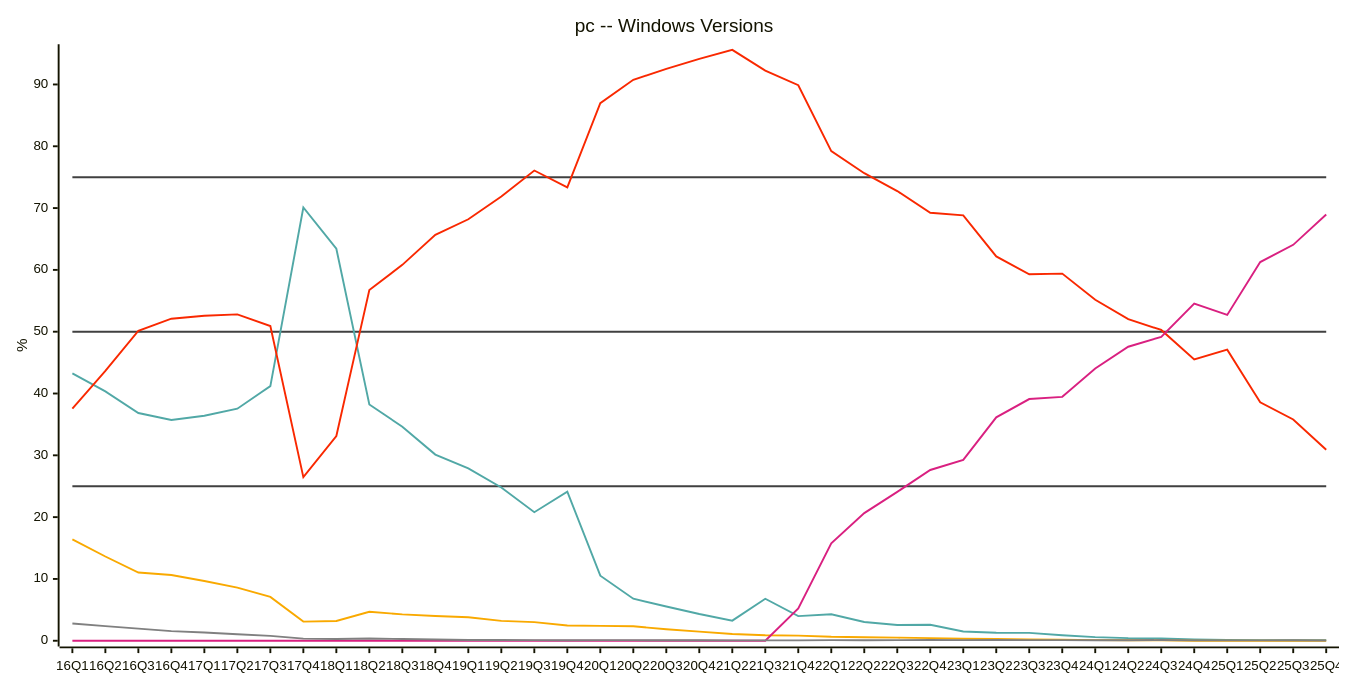
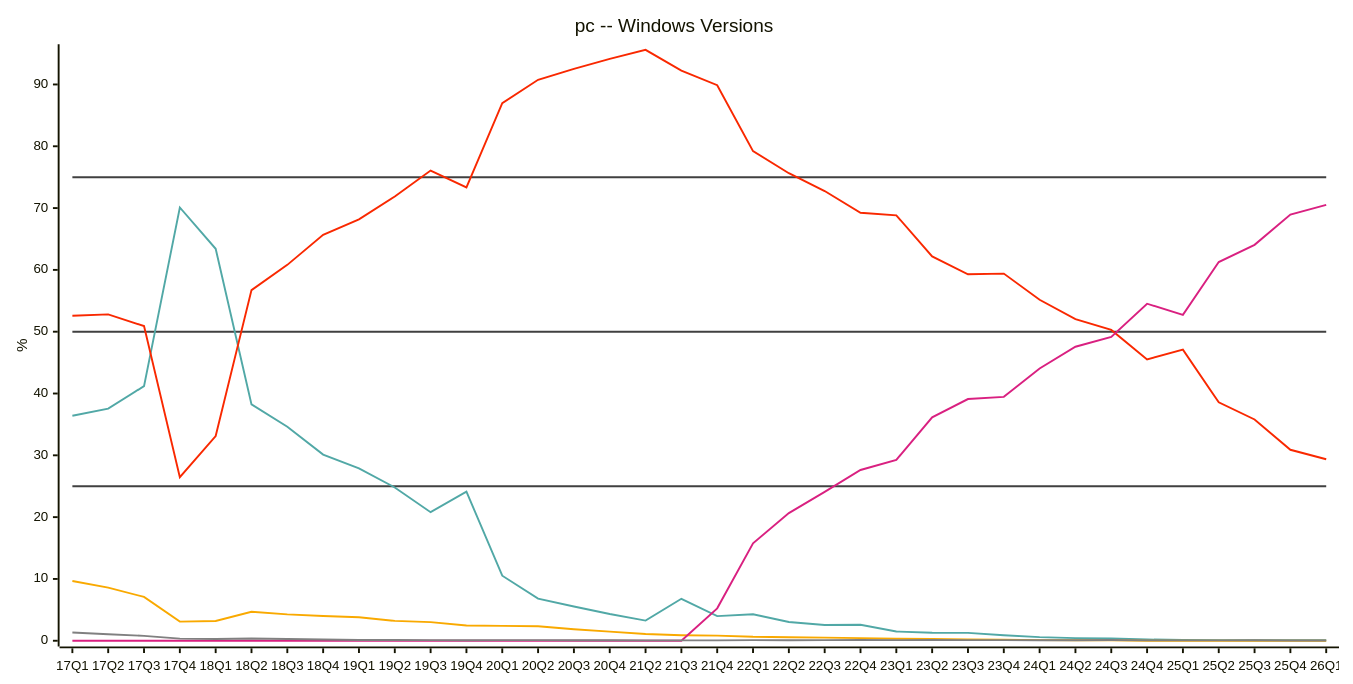
Before and after one commit to jdegene/steamHWsurvey: diagram 15 of 31 in README.md, drawn with Mermaid. The commit also changed other lines of this file and 3 other files, not shown here.

````diff
--- a/README.md
+++ b/README.md
@@ -481,26 +481,26 @@
 ```mermaid
 ---
 config:
     xyChart:
         width: 1400
         height: 700
         
     themeVariables:
         xyChart:
             plotColorPalette: "#404040,#404040,#404040,#51a8a6,#f9a900,#f92800,#d92080,#808080"
 
 --- 
 
 xychart-beta
     title "pc -- Windows Versions"
-    x-axis [16Q1, 16Q2, 16Q3, 16Q4, 17Q1, 17Q2, 17Q3, 17Q4, 18Q1, 18Q2, 18Q3, 18Q4, 19Q1, 19Q2, 19Q3, 19Q4, 20Q1, 20Q2, 20Q3, 20Q4, 21Q2, 21Q3, 21Q4, 22Q1, 22Q2, 22Q3, 22Q4, 23Q1, 23Q2, 23Q3, 23Q4, 24Q1, 24Q2, 24Q3, 24Q4, 25Q1, 25Q2, 25Q3, 25Q4]
+    x-axis [17Q1, 17Q2, 17Q3, 17Q4, 18Q1, 18Q2, 18Q3, 18Q4, 19Q1, 19Q2, 19Q3, 19Q4, 20Q1, 20Q2, 20Q3, 20Q4, 21Q2, 21Q3, 21Q4, 22Q1, 22Q2, 22Q3, 22Q4, 23Q1, 23Q2, 23Q3, 23Q4, 24Q1, 24Q2, 24Q3, 24Q4, 25Q1, 25Q2, 25Q3, 25Q4, 26Q1]
     y-axis "%" 
- line [25, 25, 25, 25, 25, 25, 25, 25, 25, 25, 25, 25, 25, 25, 25, 25, 25, 25, 25, 25, 25, 25, 25, 25, 25, 25, 25, 25, 25, 25, 25, 25, 25, 25, 25, 25, 25, 25, 25]
- line [50, 50, 50, 50, 50, 50, 50, 50, 50, 50, 50, 50, 50, 50, 50, 50, 50, 50, 50, 50, 50, 50, 50, 50, 50, 50, 50, 50, 50, 50, 50, 50, 50, 50, 50, 50, 50, 50, 50]
- line [75, 75, 75, 75, 75, 75, 75, 75, 75, 75, 75, 75, 75, 75, 75, 75, 75, 75, 75, 75, 75, 75, 75, 75, 75, 75, 75, 75, 75, 75, 75, 75, 75, 75, 75, 75, 75, 75, 75]
-    line [43.27, 40.343333333333334, 36.843333333333334, 35.709999999999994, 36.405, 37.54666666666667, 41.20333333333333, 70.09666666666666, 63.416666666666664, 38.235, 34.63, 30.119999999999997, 27.889999999999997, 24.795, 20.8, 24.11, 10.525, 6.81, 5.54, 4.32, 3.256666666666667, 6.79, 3.9849999999999994, 4.2749999999999995, 3.043333333333333, 2.5533333333333337, 2.58, 1.4966666666666668, 1.2900000000000003, 1.2766666666666668, 0.8833333333333334, 0.5833333333333334, 0.42, 0.3766666666666667, 0.2033333333333333, 0.12333333333333335, 0.10666666666666665, 0.07666666666666667, 0.09333333333333334]
-    line [16.403333333333332, 13.63, 11.043333333333333, 10.636666666666667, 9.665, 8.600000000000001, 7.086666666666668, 3.093333333333333, 3.1933333333333334, 4.68, 4.266666666666667, 3.9966666666666666, 3.8033333333333337, 3.2100000000000004, 3.013333333333333, 2.46, 2.405, 2.3433333333333333, 1.8549999999999998, 1.4700000000000002, 1.0833333333333335, 0.8999999999999999, 0.835, 0.6399999999999999, 0.5766666666666667, 0.5033333333333333, 0.4266666666666666, 0.32, 0.27499999999999997, 0.22, 0.15666666666666668, 0.10666666666666665, 0.08333333333333334, 0.075, 0, 0, 0, 0, 0]
-    line [37.54333333333334, 43.65666666666667, 50.15666666666667, 52.10333333333333, 52.580000000000005, 52.80666666666667, 50.913333333333334, 26.47, 33.123333333333335, 56.730000000000004, 60.81333333333333, 65.67, 68.18666666666667, 71.885, 76.07666666666667, 73.33666666666666, 86.98, 90.75333333333333, 92.52, 94.145, 95.6, 92.25, 89.875, 79.21000000000001, 75.64333333333333, 72.75666666666667, 69.23333333333333, 68.82333333333334, 62.17999999999999, 59.296666666666674, 59.4, 55.16, 52.03666666666666, 50.28666666666667, 45.51, 47.099999999999994, 38.56666666666666, 35.79999999999999, 30.89666666666667]
-    line [0, 0, 0, 0, 0, 0, 0, 0, 0, 0, 0, 0, 0, 0, 0, 0, 0, 0, 0, 0, 0, 0, 5.244999999999999, 15.770000000000001, 20.65, 24.08, 27.63, 29.26, 36.150000000000006, 39.10333333333333, 39.46333333333333, 44.06, 47.57, 49.169999999999995, 54.53, 52.72, 61.26999999999999, 64.05333333333334, 68.96333333333334]
-    line [2.7866666666666666, 2.37, 1.9633333333333332, 1.55, 1.345, 1.0466666666666666, 0.7966666666666667, 0.3433333333333333, 0.27666666666666667, 0.355, 0.27666666666666667, 0.2133333333333333, 0.11666666666666668, 0.10999999999999999, 0.10666666666666667, 0.09000000000000001, 0.1, 0.09666666666666665, 0.085, 0.06999999999999999, 0.05333333333333332, 0.06, 0.06, 0.1, 0.08666666666666667, 0.1, 0.12666666666666665, 0.09333333333333334, 0.10999999999999999, 0.1, 0.10666666666666667, 0.08666666666666667, 0.08, 0.11666666666666668, 0.06666666666666667, 0.05666666666666666, 0.05333333333333332, 0.07333333333333332, 0.04666666666666667]
+ line [25, 25, 25, 25, 25, 25, 25, 25, 25, 25, 25, 25, 25, 25, 25, 25, 25, 25, 25, 25, 25, 25, 25, 25, 25, 25, 25, 25, 25, 25, 25, 25, 25, 25, 25, 25]
+ line [50, 50, 50, 50, 50, 50, 50, 50, 50, 50, 50, 50, 50, 50, 50, 50, 50, 50, 50, 50, 50, 50, 50, 50, 50, 50, 50, 50, 50, 50, 50, 50, 50, 50, 50, 50]
+ line [75, 75, 75, 75, 75, 75, 75, 75, 75, 75, 75, 75, 75, 75, 75, 75, 75, 75, 75, 75, 75, 75, 75, 75, 75, 75, 75, 75, 75, 75, 75, 75, 75, 75, 75, 75]
+    line [36.405, 37.54666666666667, 41.20333333333333, 70.09666666666666, 63.416666666666664, 38.235, 34.63, 30.119999999999997, 27.889999999999997, 24.795, 20.8, 24.11, 10.525, 6.81, 5.54, 4.32, 3.256666666666667, 6.79, 3.9849999999999994, 4.2749999999999995, 3.043333333333333, 2.5533333333333337, 2.58, 1.4966666666666668, 1.2900000000000003, 1.2766666666666668, 0.8833333333333334, 0.5833333333333334, 0.42, 0.3766666666666667, 0.2033333333333333, 0.12333333333333335, 0.10666666666666665, 0.07666666666666667, 0.09333333333333334, 0.09]
+    line [9.665, 8.600000000000001, 7.086666666666668, 3.093333333333333, 3.1933333333333334, 4.68, 4.266666666666667, 3.9966666666666666, 3.8033333333333337, 3.2100000000000004, 3.013333333333333, 2.46, 2.405, 2.3433333333333333, 1.8549999999999998, 1.4700000000000002, 1.0833333333333335, 0.8999999999999999, 0.835, 0.6399999999999999, 0.5766666666666667, 0.5033333333333333, 0.4266666666666666, 0.32, 0.27499999999999997, 0.22, 0.15666666666666668, 0.10666666666666665, 0.08333333333333334, 0.075, 0, 0, 0, 0, 0, 0]
+    line [52.580000000000005, 52.80666666666667, 50.913333333333334, 26.47, 33.123333333333335, 56.730000000000004, 60.81333333333333, 65.67, 68.18666666666667, 71.885, 76.07666666666667, 73.33666666666666, 86.98, 90.75333333333333, 92.52, 94.145, 95.6, 92.25, 89.875, 79.21000000000001, 75.64333333333333, 72.75666666666667, 69.23333333333333, 68.82333333333334, 62.17999999999999, 59.296666666666674, 59.4, 55.16, 52.03666666666666, 50.28666666666667, 45.51, 47.099999999999994, 38.56666666666666, 35.79999999999999, 30.89666666666667, 29.37]
+    line [0, 0, 0, 0, 0, 0, 0, 0, 0, 0, 0, 0, 0, 0, 0, 0, 0, 0, 5.244999999999999, 15.770000000000001, 20.65, 24.08, 27.63, 29.26, 36.150000000000006, 39.10333333333333, 39.46333333333333, 44.06, 47.57, 49.169999999999995, 54.53, 52.72, 61.26999999999999, 64.05333333333334, 68.96333333333334, 70.50999999999999]
+    line [1.345, 1.0466666666666666, 0.7966666666666667, 0.3433333333333333, 0.27666666666666667, 0.355, 0.27666666666666667, 0.2133333333333333, 0.11666666666666668, 0.10999999999999999, 0.10666666666666667, 0.09000000000000001, 0.1, 0.09666666666666665, 0.085, 0.06999999999999999, 0.05333333333333332, 0.06, 0.06, 0.1, 0.08666666666666667, 0.1, 0.12666666666666665, 0.09333333333333334, 0.10999999999999999, 0.1, 0.10666666666666667, 0.08666666666666667, 0.08, 0.11666666666666668, 0.06666666666666667, 0.05666666666666666, 0.05333333333333332, 0.07333333333333332, 0.04666666666666667, 0.04]
 ``` 
````
